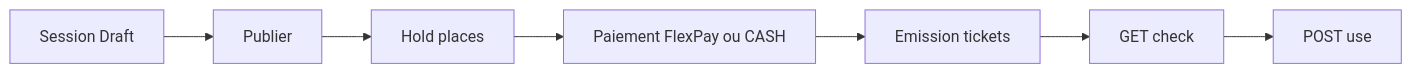
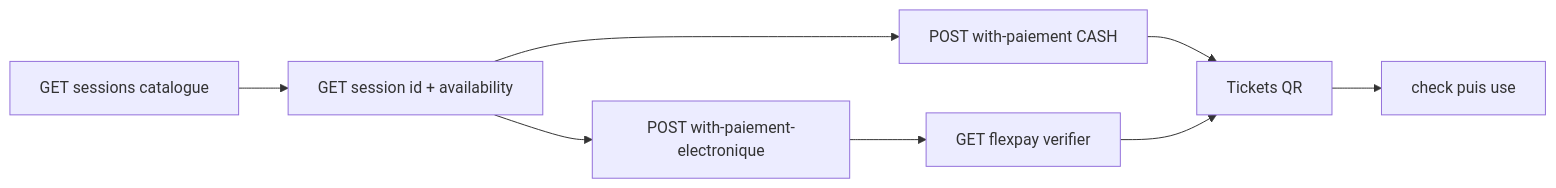
Before and after one commit to jktechrepository/congoTravelAPI: the first of 3 diagrams in Documentation/Themes/09_frontend_integration/MODULE_05_EVENEMENT_BILLETTERIE.md, drawn with Mermaid. The commit also changed other lines of this file and 102 other files, not shown here.

````diff
--- a/Documentation/Themes/09_frontend_integration/MODULE_05_EVENEMENT_BILLETTERIE.md
+++ b/Documentation/Themes/09_frontend_integration/MODULE_05_EVENEMENT_BILLETTERIE.md
@@ -11,9 +18,18 @@
 ```mermaid
 flowchart LR
-    Session[Session Draft] --> Publish[Publier]
-    Publish --> Hold[Hold places]
-    Hold --> Pay[Paiement FlexPay ou CASH]
-    Pay --> Ticket[Emission tickets]
-    Ticket --> Check[GET check]
-    Check --> Use[POST use]
+  Catalog[GET sessions catalogue]
+  Detail[GET session id + availability]
+  Cash[POST with-paiement CASH]
+  Elec[POST with-paiement-electronique]
+  Verify[GET flexpay verifier]
+  Tickets[Tickets QR]
+  Gate[check puis use]
+
+  Catalog --> Detail
+  Detail --> Cash
+  Detail --> Elec
+  Cash --> Tickets
+  Elec --> Verify
+  Verify --> Tickets
+  Tickets --> Gate
 ```
````
